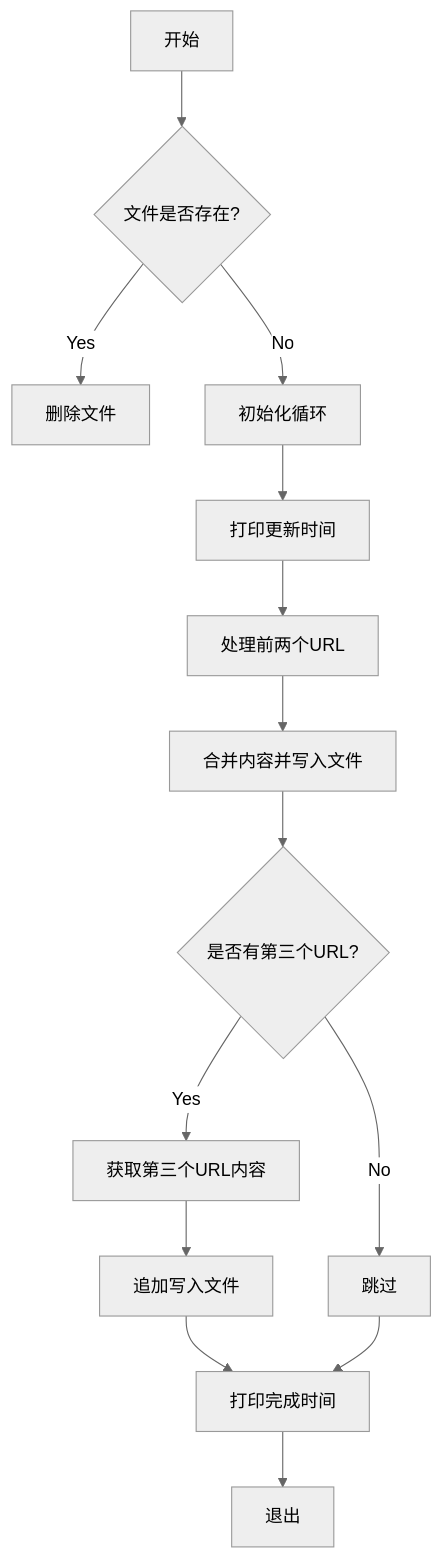
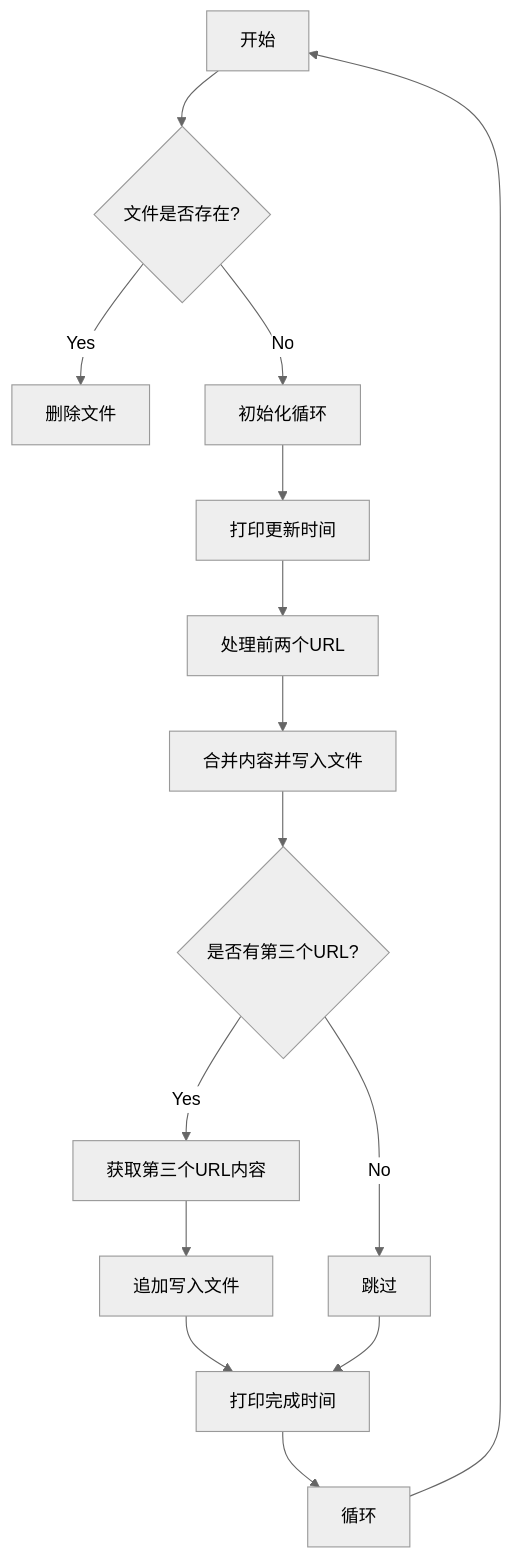
The diagram in README.md (7huukdlnkjkjba/Real-time-crawling-nodes.py), drawn with Mermaid (neutral theme) before and after one commit.

````diff
--- a/README.md
+++ b/README.md
@@ -14,17 +14,18 @@
 ```mermaid
 flowchart TD
     A[开始] --> B{文件是否存在?}
     B -->|Yes| C[删除文件]
     B -->|No| D[初始化循环]
     D --> E[打印更新时间]
     E --> F[处理前两个URL]
     F --> G[合并内容并写入文件]
     G --> H{是否有第三个URL?}
     H -->|Yes| I[获取第三个URL内容]
     I --> J[追加写入文件]
     H -->|No| K[跳过]
     J --> L[打印完成时间]
     K --> L
-    L --> M[退出]
+    L --> M[循环]
+    M --> A
     
 ```
````
